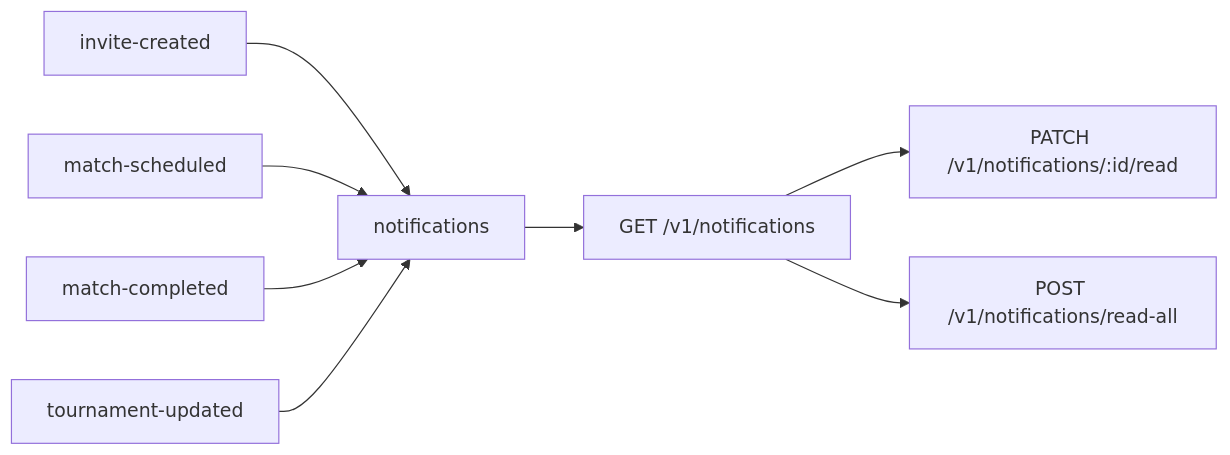
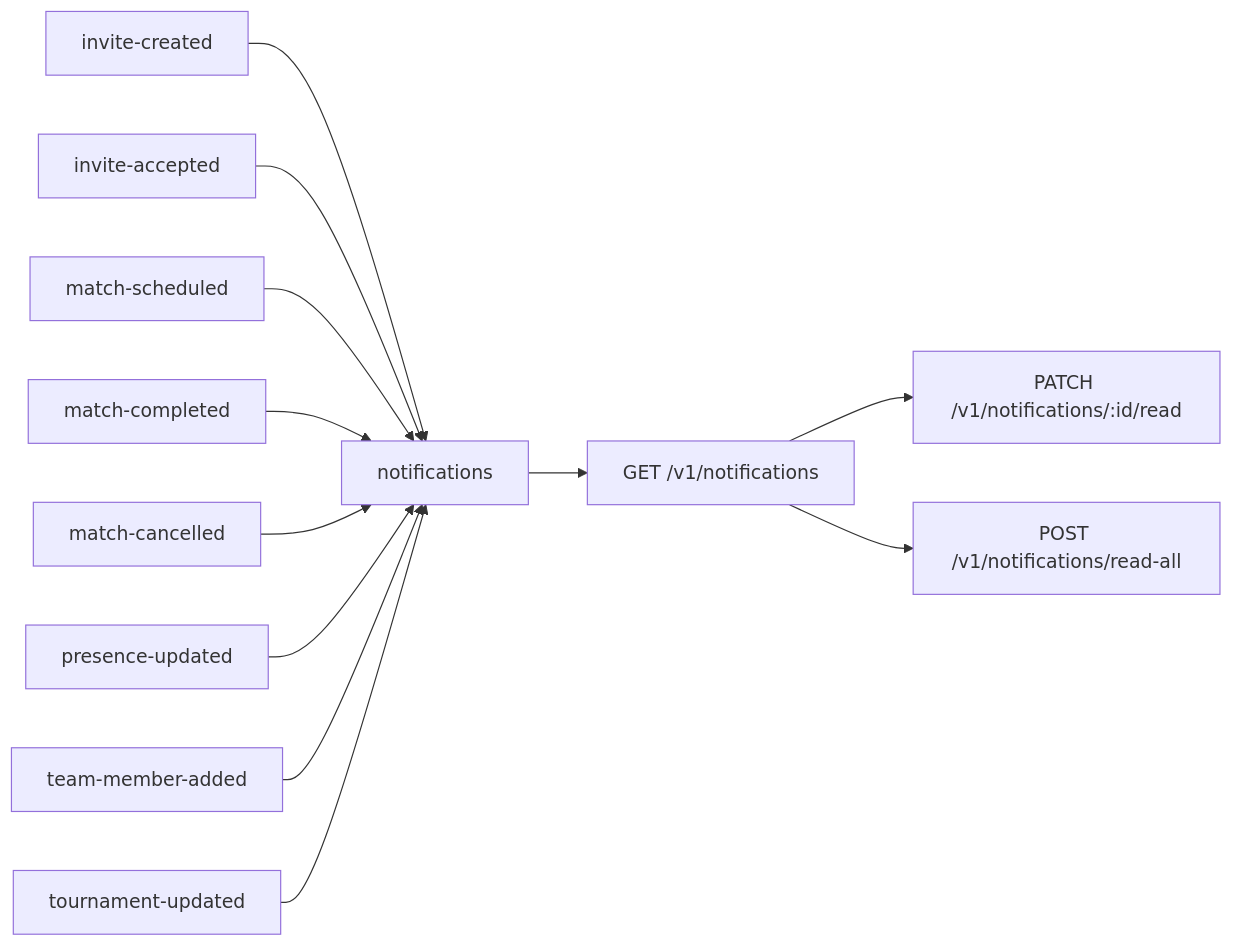
One commit to nalbcosta/soccer_stats changed diagram 12 of 13 in docs/backend/domain-flows.md. Above: the diagram before and after it, drawn with Mermaid. The commit also changed other lines of this file and 29 other files, not shown here.

````diff
--- a/docs/backend/domain-flows.md
+++ b/docs/backend/domain-flows.md
@@ -202,10 +316,14 @@
 ```mermaid
 flowchart LR
   Invite["invite-created"] --> Notifications["notifications"]
+  Accepted["invite-accepted"] --> Notifications
   Scheduled["match-scheduled"] --> Notifications
   Completed["match-completed"] --> Notifications
+  Cancelled["match-cancelled"] --> Notifications
+  Presence["presence-updated"] --> Notifications
+  Member["team-member-added"] --> Notifications
   Tournament["tournament-updated"] --> Notifications
   Notifications --> List["GET /v1/notifications"]
   List --> Read["PATCH /v1/notifications/:id/read"]
   List --> ReadAll["POST /v1/notifications/read-all"]
 ```
````
